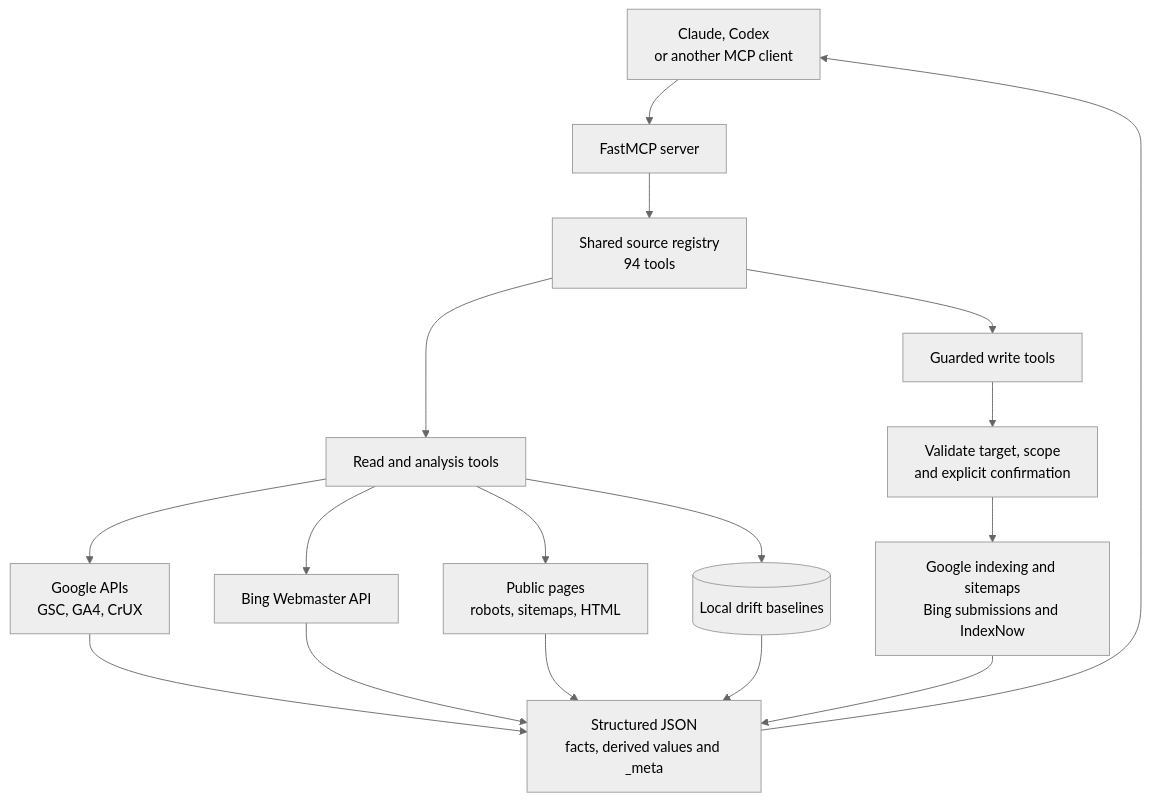
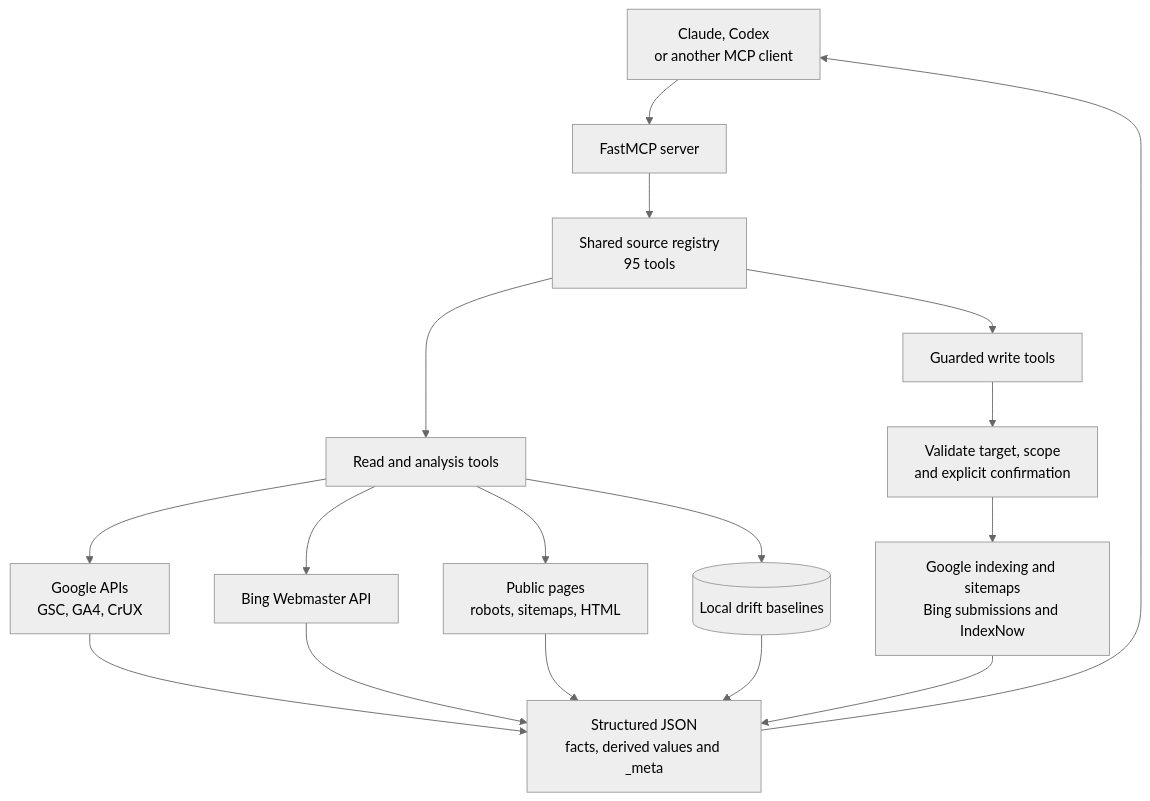
One commit to FlorianBruniaux/google-search-console-mcp changed the diagram in README.md. Above: the diagram before and after it, drawn with Mermaid (neutral theme). The commit also changed other lines of this file and 32 other files, not shown here.

````diff
--- a/README.md
+++ b/README.md
@@ -327,19 +327,19 @@
 ```mermaid
 flowchart TD
     C[Claude, Codex<br/>or another MCP client] --> S[FastMCP server]
-    S --> R[Shared source registry<br/>94 tools]
+    S --> R[Shared source registry<br/>95 tools]
     R --> A[Read and analysis tools]
     R --> W[Guarded write tools]
     A --> G[Google APIs<br/>GSC, GA4, CrUX]
     A --> B[Bing Webmaster API]
     A --> P[Public pages<br/>robots, sitemaps, HTML]
     A --> L[(Local drift baselines)]
     W --> V[Validate target, scope<br/>and explicit confirmation]
     V --> M[Google indexing and sitemaps<br/>Bing submissions and IndexNow]
     G --> O[Structured JSON<br/>facts, derived values and _meta]
     B --> O
     P --> O
     L --> O
     M --> O
     O --> C
 ```
````
